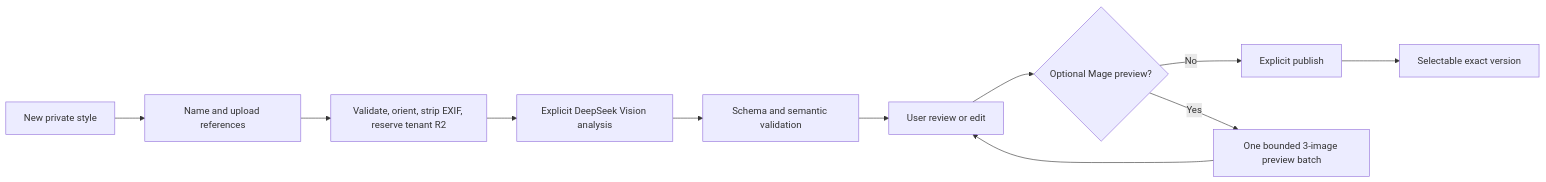
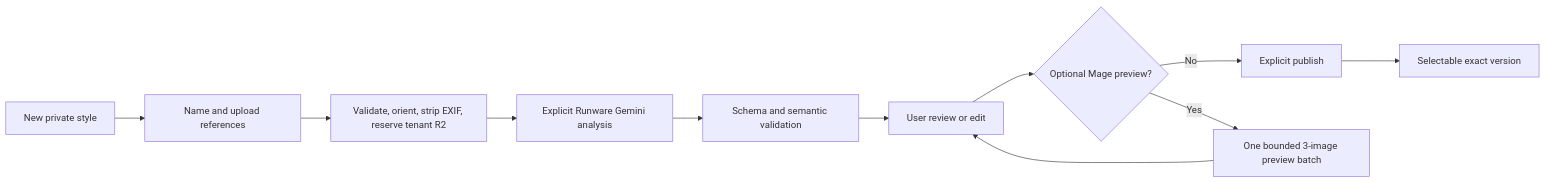
One commit to Pala-LakshmanSai/videoforge changed the diagram in project-context/18_IMAGE_STYLES_HUB.md. Above: the diagram before and after it, drawn with Mermaid. The commit also changed other lines of this file and 15 other files, not shown here.

Commit message:
feat(hosted): analyze styles with Runware Gemini

````diff
--- a/project-context/18_IMAGE_STYLES_HUB.md
+++ b/project-context/18_IMAGE_STYLES_HUB.md
@@ -71,13 +71,13 @@
 ```mermaid
 flowchart LR
     A["New private style"] --> B["Name and upload references"]
     B --> C["Validate, orient, strip EXIF, reserve tenant R2"]
-    C --> D["Explicit DeepSeek Vision analysis"]
+    C --> D["Explicit Runware Gemini analysis"]
     D --> E["Schema and semantic validation"]
     E --> F["User review or edit"]
     F --> G{"Optional Mage preview?"}
     G -- "No" --> H["Explicit publish"]
     G -- "Yes" --> I["One bounded 3-image preview batch"]
     I --> F
     H --> J["Selectable exact version"]
 ```
````
